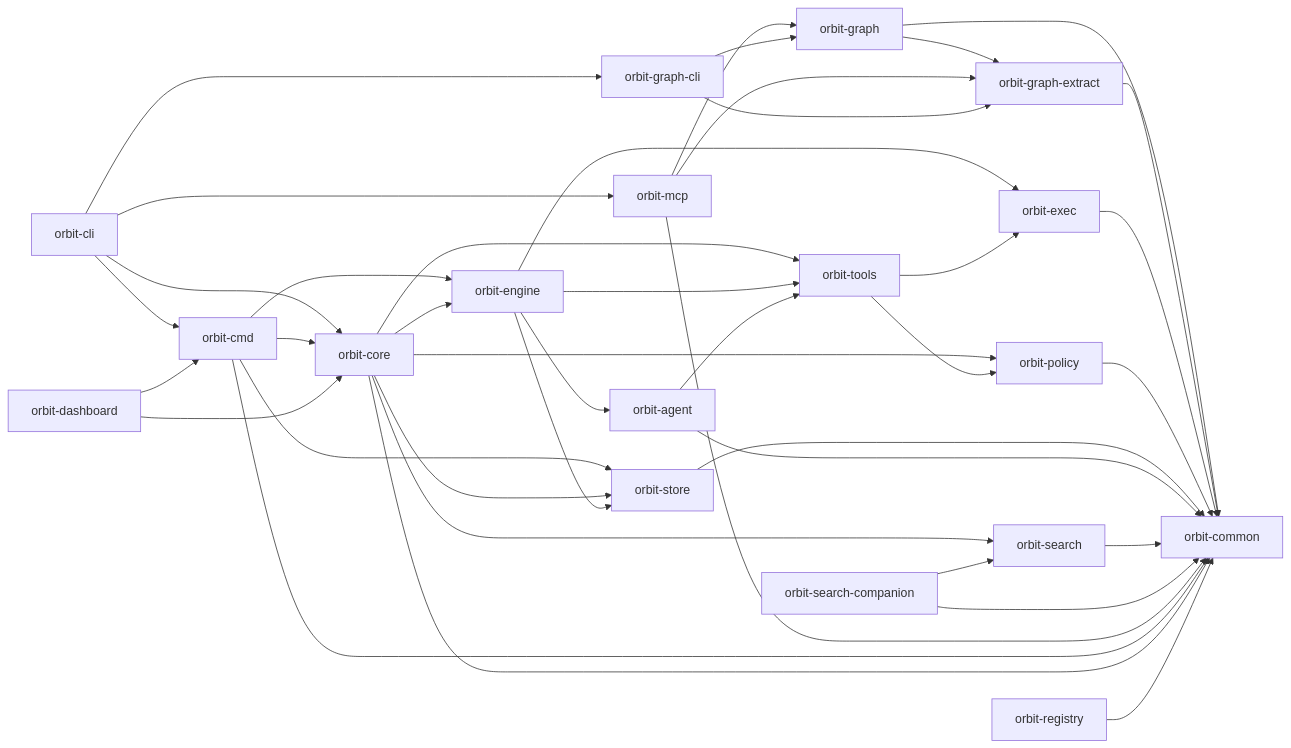
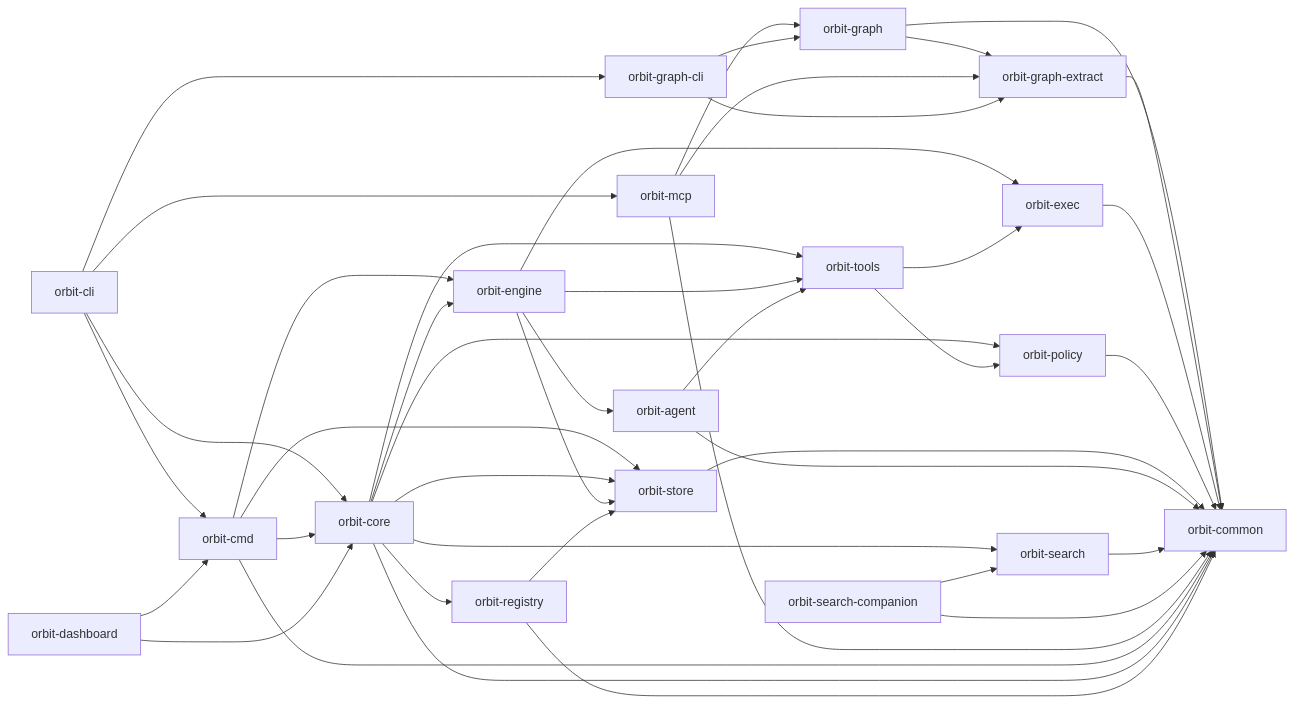
The diagram in ARCHITECTURE.md (danieljhkim/orbit), drawn with Mermaid before and after one commit. The commit also changed other lines of this file and 33 other files, not shown here.

Commit message:
refactor: extract registry domain into orbit-registry [ORB-10302]

````diff
--- a/ARCHITECTURE.md
+++ b/ARCHITECTURE.md
@@ -5,42 +5,44 @@
 ```mermaid
 flowchart LR
   CLI["orbit-cli"] --> Core["orbit-core"]
   CLI --> Cmd["orbit-cmd"]
   CLI --> MCP["orbit-mcp"]
   CLI --> GraphCli["orbit-graph-cli"]
   Cmd --> Core
   Cmd --> Engine
   Cmd --> Store
   Core --> Engine["orbit-engine"]
   Core --> Store["orbit-store"]
+  Core --> Registry["orbit-registry"]
   Core --> Tools["orbit-tools"]
   Core --> Search["orbit-search"]
   Core --> Policy["orbit-policy"]
   Engine --> Agent["orbit-agent"]
   Engine --> Store
   Engine --> Exec["orbit-exec"]
   Engine --> Tools
   Agent --> Tools
   Graph["orbit-graph"] --> GraphExtract["orbit-graph-extract"]
   Graph --> Common
   GraphExtract --> Common
   MCP --> Graph
   MCP --> GraphExtract
   Tools --> Exec["orbit-exec"]
   Tools --> Policy
   Exec --> Common["orbit-common"]
   Policy --> Common
   Store --> Common
   Agent --> Common
   Search --> Common
   SearchCompanion["orbit-search-companion"] --> Search
   SearchCompanion --> Common
   GraphCli["orbit-graph-cli"] --> Graph
   GraphCli --> GraphExtract
   MCP --> Common
   Dashboard["orbit-dashboard"] --> Core
   Dashboard --> Cmd
   Cmd --> Common
   Core --> Common
-  Registry["orbit-registry"] --> Common
+  Registry --> Store
+  Registry --> Common
 ```
````
